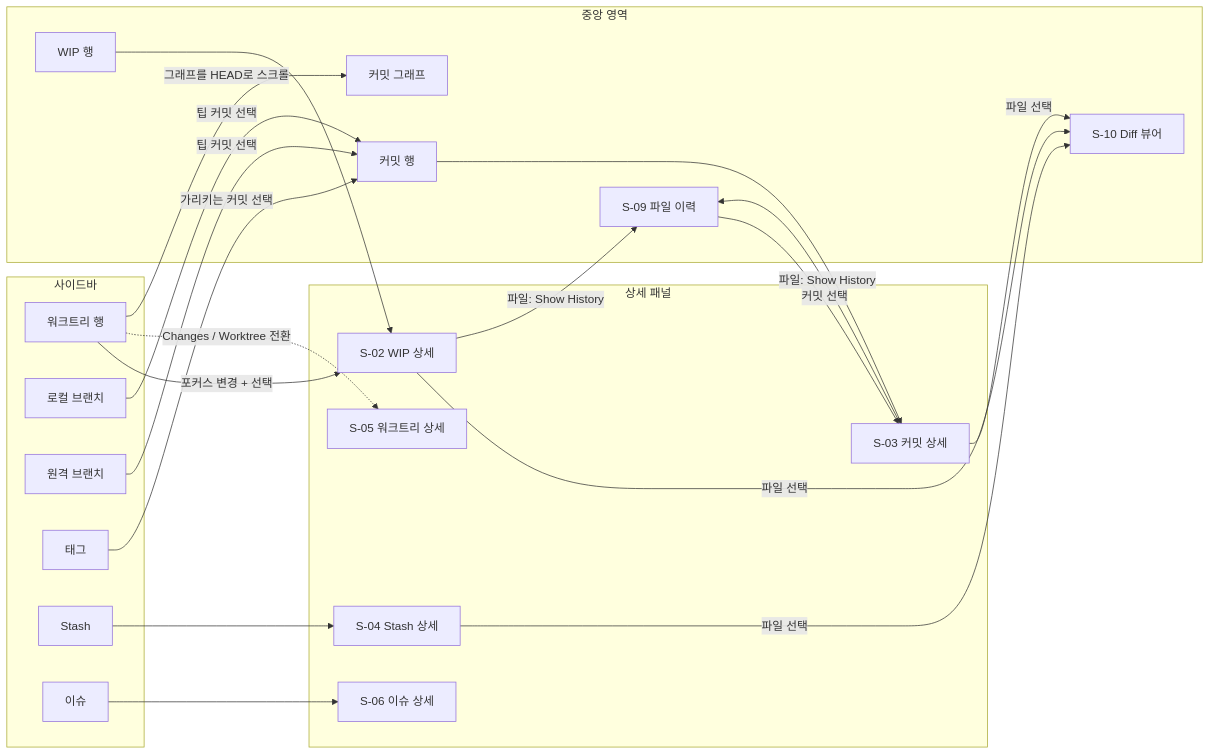
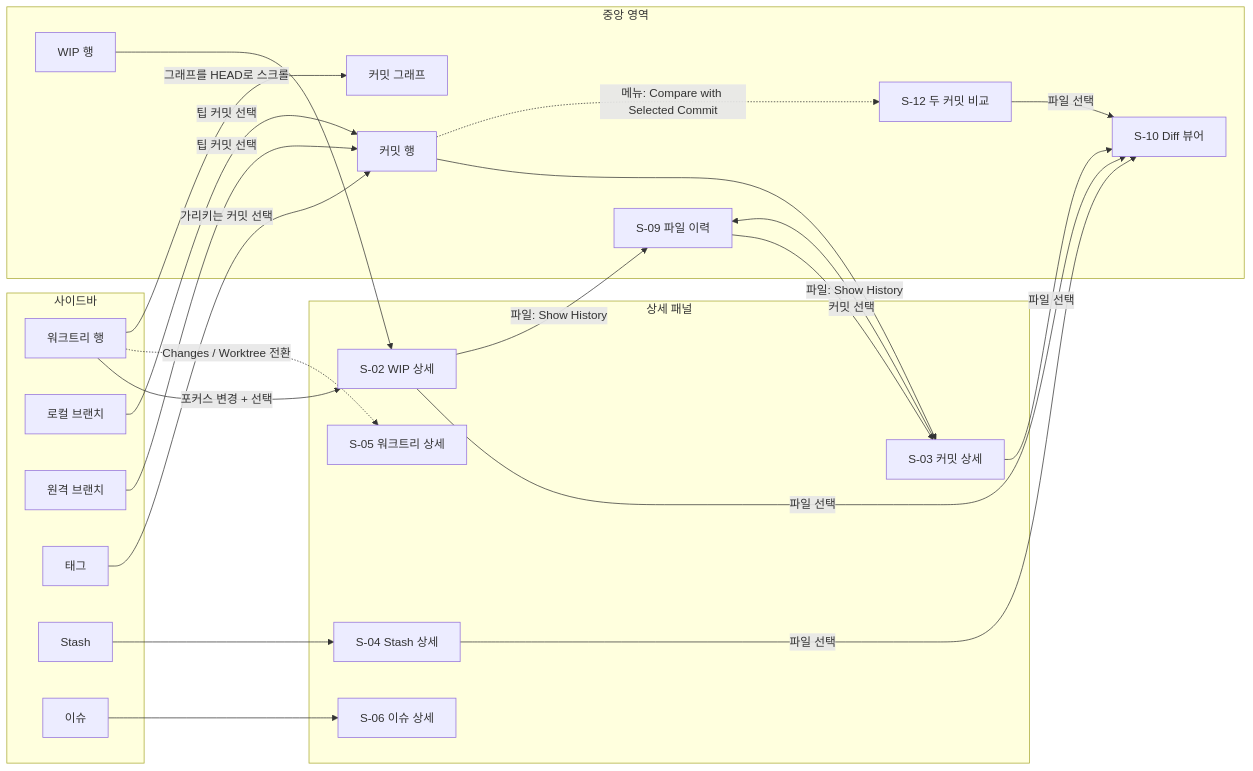
The second of 2 diagrams in docs/design/information-architecture.md (kkdy21/overgrove), drawn with Mermaid before and after one commit. The commit also changed other lines of this file and 4 other files, not shown here.

First line of the commit message:
docs(design): design two-commit compare and richer diff display (#386)

````diff
--- a/docs/design/information-architecture.md
+++ b/docs/design/information-architecture.md
@@ -89,42 +89,45 @@
 ```mermaid
 flowchart LR
     subgraph Sidebar[사이드바]
         WT[워크트리 행]
         LB[로컬 브랜치]
         RB[원격 브랜치]
         TG[태그]
         ST[Stash]
         IS[이슈]
     end
     subgraph Center[중앙 영역]
         G[커밋 그래프]
         WIP[WIP 행]
         CM[커밋 행]
         DV[S-10 Diff 뷰어]
         FH[S-09 파일 이력]
+        CC[S-12 두 커밋 비교]
     end
     subgraph Detail[상세 패널]
         S02[S-02 WIP 상세]
         S03[S-03 커밋 상세]
         S04[S-04 Stash 상세]
         S05[S-05 워크트리 상세]
         S06[S-06 이슈 상세]
     end
 
     WT -- "포커스 변경 + 선택" --> S02
     WT -. "Changes / Worktree 전환" .-> S05
     WT -- "그래프를 HEAD로 스크롤" --> G
     LB -- "팁 커밋 선택" --> CM
     RB -- "팁 커밋 선택" --> CM
     TG -- "가리키는 커밋 선택" --> CM
     CM --> S03
     WIP --> S02
     ST --> S04
     IS --> S06
     S02 -- "파일 선택" --> DV
     S03 -- "파일 선택" --> DV
     S04 -- "파일 선택" --> DV
     S03 -- "파일: Show History" --> FH
     S02 -- "파일: Show History" --> FH
     FH -- "커밋 선택" --> S03
+    CM -. "메뉴: Compare with Selected Commit" .-> CC
+    CC -- "파일 선택" --> DV
 ```
````
